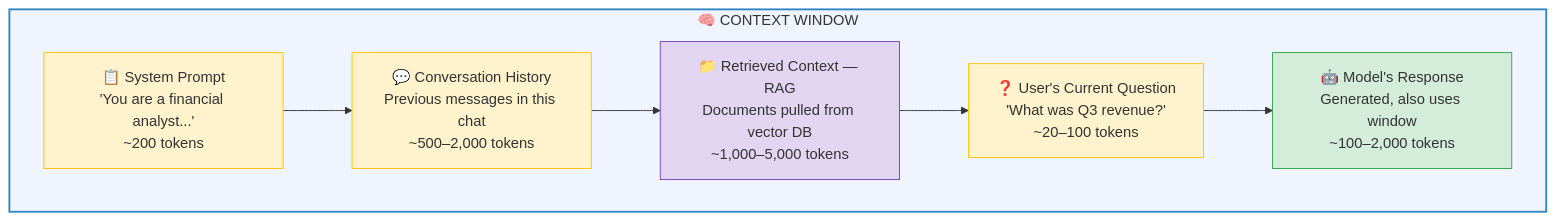
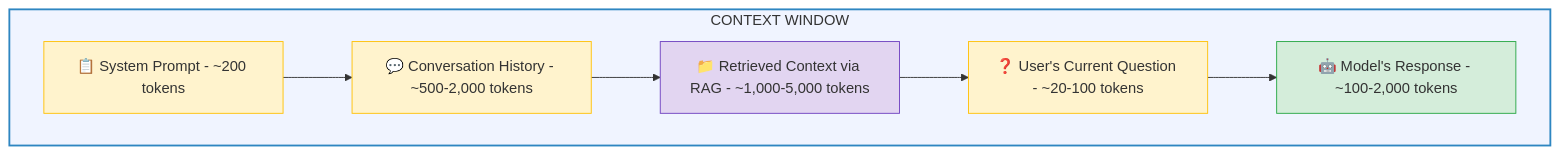
One commit to ithinktavo/GenAI-Engineering-Handbook changed the diagram in docs/03-llms-explained.md. Above: the diagram before and after it, drawn with Mermaid. The commit also changed 9 other files, not shown here.

First line of the commit message:
Fix Mermaid rendering: remove emoji from subgraph titles and unsupported syntax

````diff
--- a/docs/03-llms-explained.md
+++ b/docs/03-llms-explained.md
@@ -48,19 +48,19 @@
 ```mermaid
 graph TD
-    subgraph CW["🧠 CONTEXT WINDOW"]
-        A["📋 System Prompt\n'You are a financial analyst...'\n~200 tokens"]
-        B["💬 Conversation History\nPrevious messages in this chat\n~500–2,000 tokens"]
-        C["📁 Retrieved Context — RAG\nDocuments pulled from vector DB\n~1,000–5,000 tokens"]
-        D["❓ User's Current Question\n'What was Q3 revenue?'\n~20–100 tokens"]
-        E["🤖 Model's Response\nGenerated, also uses window\n~100–2,000 tokens"]
+    subgraph CW["CONTEXT WINDOW"]
+        A["📋 System Prompt - ~200 tokens"]
+        B["💬 Conversation History - ~500-2,000 tokens"]
+        C["📁 Retrieved Context via RAG - ~1,000-5,000 tokens"]
+        D["❓ User's Current Question - ~20-100 tokens"]
+        E["🤖 Model's Response - ~100-2,000 tokens"]
 
         A --> B --> C --> D --> E
     end
 
     style CW fill:#f0f4ff,stroke:#2E86C1,stroke-width:2px
     style A fill:#fff3cd,stroke:#ffc107,stroke-width:1px
     style B fill:#fff3cd,stroke:#ffc107,stroke-width:1px
     style C fill:#e2d5f1,stroke:#6f42c1,stroke-width:1px
     style D fill:#fff3cd,stroke:#ffc107,stroke-width:1px
     style E fill:#d4edda,stroke:#28a745,stroke-width:1px
 ```
````
